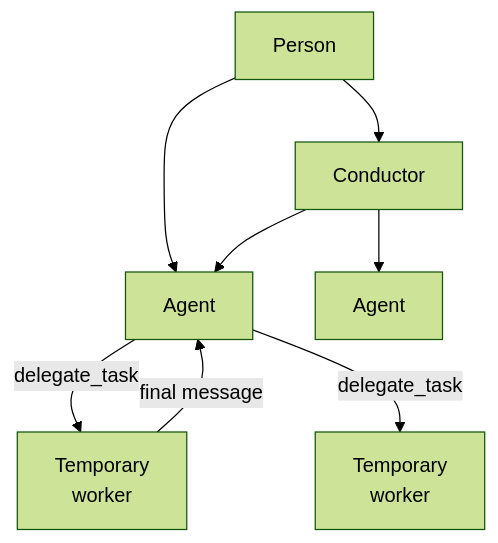
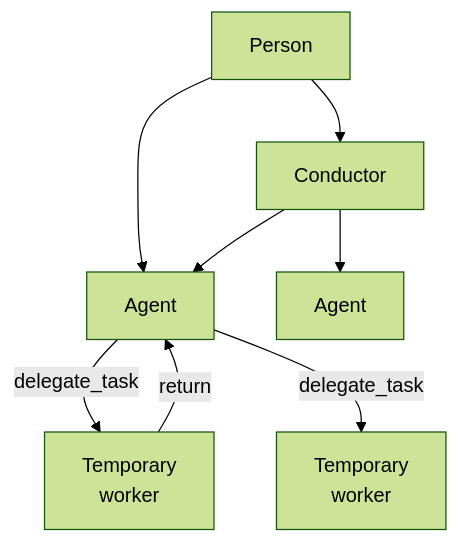
Before and after one commit to cebertowicz/corsia: the diagram in docs/how-it-works/agents-and-threads.md, drawn with Mermaid (forest theme). The commit also changed other lines of this file and 9 other files, not shown here.

````diff
--- a/docs/how-it-works/agents-and-threads.md
+++ b/docs/how-it-works/agents-and-threads.md
@@ -13,10 +13,10 @@
 ```mermaid
 flowchart TB
     P[Person] --> C[Conductor]
     P --> A1[Agent]
     C --> A1
     C --> A2[Agent]
     A1 -->|delegate_task| W1[Temporary<br/>worker]
     A1 -->|delegate_task| W2[Temporary<br/>worker]
-    W1 -->|final message| A1
+    W1 -->|return| A1
 ```
````
